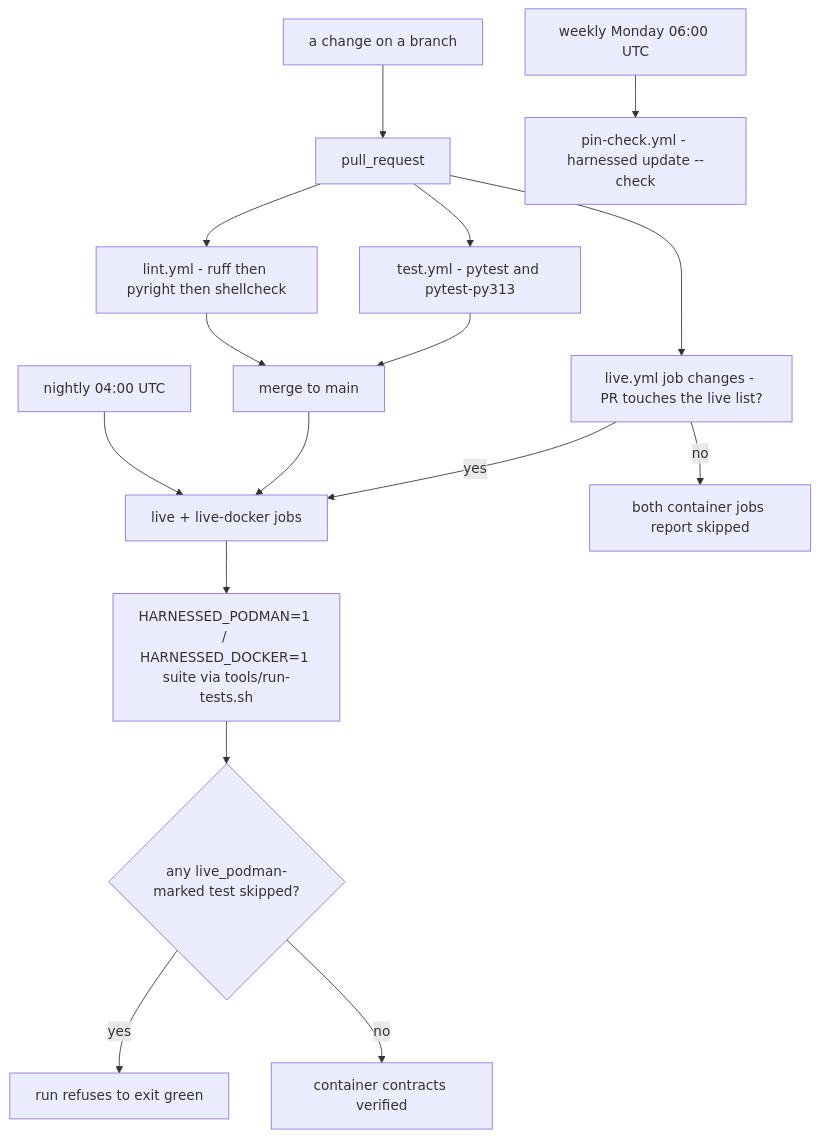
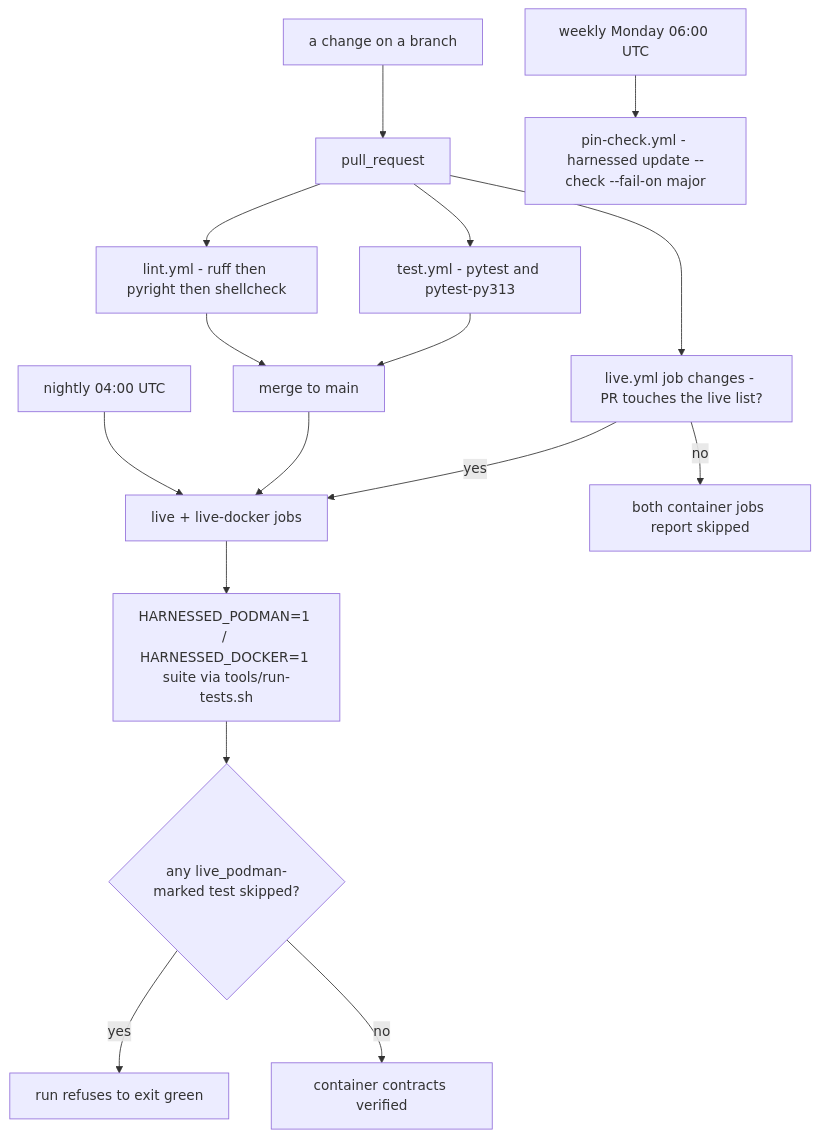
The diagram in openwiki/testing/verification-ladder.md (drmikecrowe/harnessed), drawn with Mermaid before and after one commit. The commit also changed other lines of this file and 14 other files, not shown here.

````diff
--- a/openwiki/testing/verification-ladder.md
+++ b/openwiki/testing/verification-ladder.md
@@ -88,18 +88,18 @@
 ```mermaid
 flowchart TD
     change["a change on a branch"] --> pr["pull_request"]
     pr --> pytest["test.yml - pytest and pytest-py313"]
     pr --> lint["lint.yml - ruff then pyright then shellcheck"]
     pr --> changes["live.yml job changes - PR touches the live list?"]
     changes -->|"yes"| live["live + live-docker jobs"]
     changes -->|"no"| skiplive["both container jobs report skipped"]
     pytest --> merge["merge to main"]
     lint --> merge
     merge --> live
     nightly["nightly 04:00 UTC"] --> live
     live --> gate["HARNESSED_PODMAN=1 / HARNESSED_DOCKER=1 suite via tools/run-tests.sh"]
     gate --> skipped{"any live_podman-marked test skipped?"}
     skipped -->|"yes"| red["run refuses to exit green"]
     skipped -->|"no"| oklive["container contracts verified"]
-    weekly["weekly Monday 06:00 UTC"] --> pins["pin-check.yml - harnessed update --check"]
+    weekly["weekly Monday 06:00 UTC"] --> pins["pin-check.yml - harnessed update --check --fail-on major"]
 ```
````
